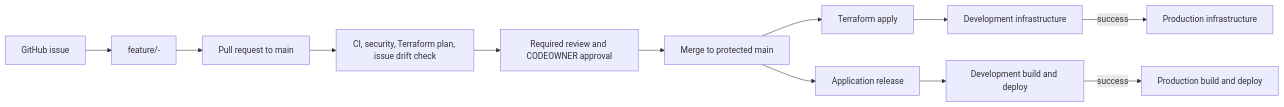
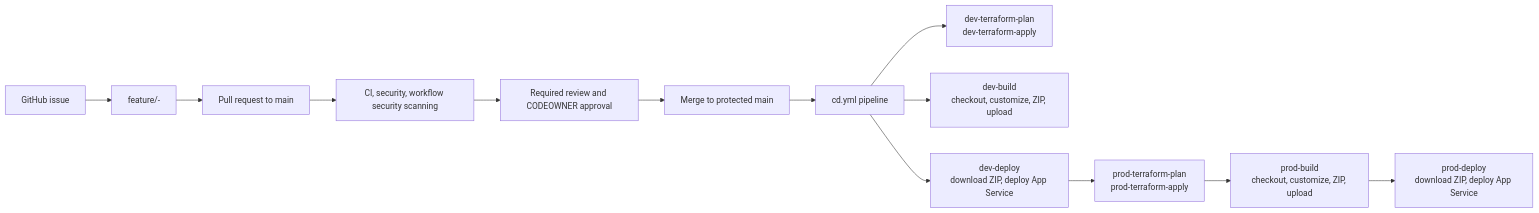
The first of 2 diagrams in README.md (MetehanBolat/GH-DevSecOps), drawn with Mermaid before and after one commit. The commit also changed other lines of this file and 4 other files, not shown here.

````diff
--- a/README.md
+++ b/README.md
@@ -61,14 +54,15 @@
 ```mermaid
 flowchart LR
     ISSUE[GitHub issue] --> BRANCH["feature/<issue-number>-<short-name>"]
     BRANCH --> PR[Pull request to main]
-    PR --> CHECKS[CI, security, Terraform plan, issue drift check]
+    PR --> CHECKS[CI, security, workflow security scanning]
     CHECKS --> REVIEW[Required review and CODEOWNER approval]
     REVIEW --> MERGE[Merge to protected main]
-    MERGE --> INFRA[Terraform apply]
-    MERGE --> APP[Application release]
-    INFRA --> DEVINFRA[Development infrastructure]
-    DEVINFRA -->|success| PRODINFRA[Production infrastructure]
-    APP --> DEVAPP[Development build and deploy]
-    DEVAPP -->|success| PRODAPP[Production build and deploy]
+    MERGE --> CD[cd.yml pipeline]
+    CD --> DEV_INFRA["dev-terraform-plan<br/>dev-terraform-apply"]
+    CD --> DEV_BUILD["dev-build<br/>checkout, customize, ZIP, upload"]
+    CD --> DEV_DEPLOY["dev-deploy<br/>download ZIP, deploy App Service"]
+    DEV_DEPLOY --> PROD_INFRA["prod-terraform-plan<br/>prod-terraform-apply"]
+    PROD_INFRA --> PROD_BUILD["prod-build<br/>checkout, customize, ZIP, upload"]
+    PROD_BUILD --> PROD_DEPLOY["prod-deploy<br/>download ZIP, deploy App Service"]
 ```
````
